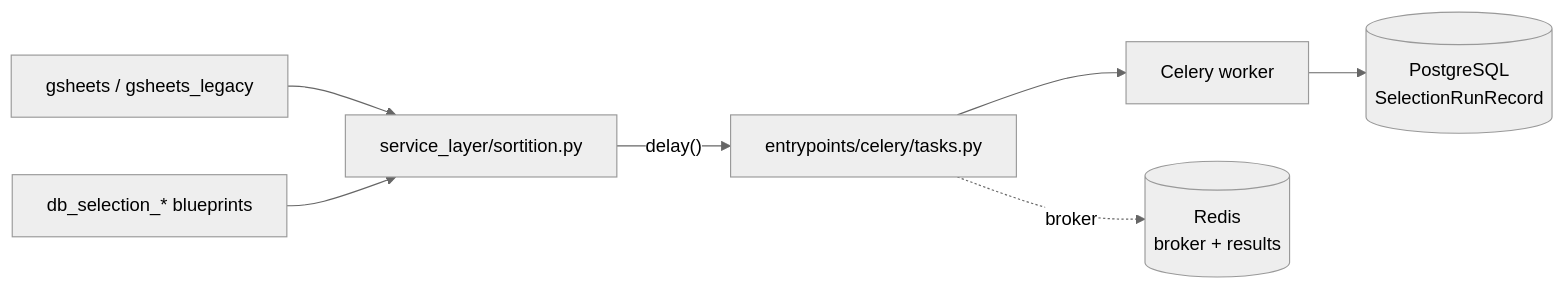
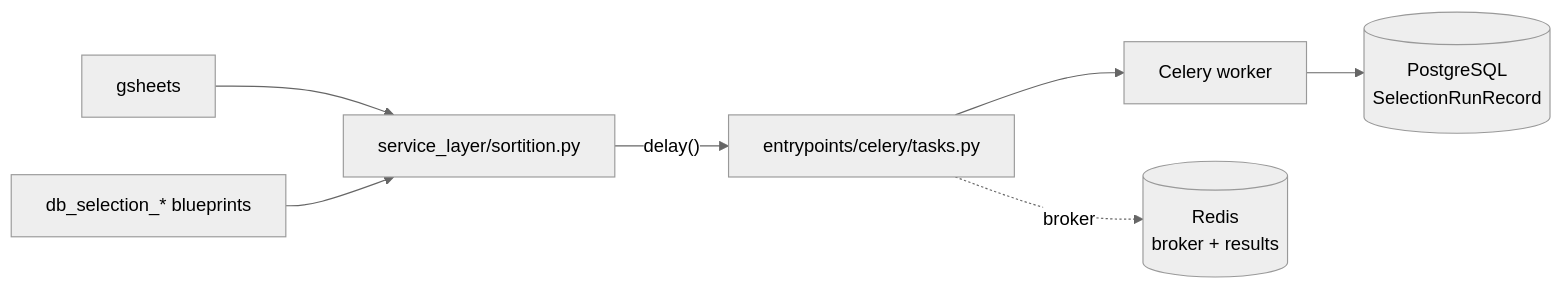
Before and after one commit to sortitionfoundation/opendlp: the second of 3 diagrams in backend/docs/architecture.md, drawn with Mermaid (neutral theme). The commit also changed other lines of this file and 21 other files, not shown here.

````diff
--- a/backend/docs/architecture.md
+++ b/backend/docs/architecture.md
@@ -370,17 +359,17 @@
 ```mermaid
 flowchart LR
-    gsheets_bp[gsheets / gsheets_legacy]
+    gsheets_bp[gsheets]
     db_sel_bp[db_selection_* blueprints]
     sortition_svc[service_layer/sortition.py]
     tasks[entrypoints/celery/tasks.py]
     worker[Celery worker]
     pg[(PostgreSQL<br/>SelectionRunRecord)]
     redis[(Redis<br/>broker + results)]
 
     gsheets_bp --> sortition_svc
     db_sel_bp --> sortition_svc
     sortition_svc -->|"delay()"| tasks
     tasks --> worker
     worker --> pg
     tasks -.->|broker| redis
 ```
````
